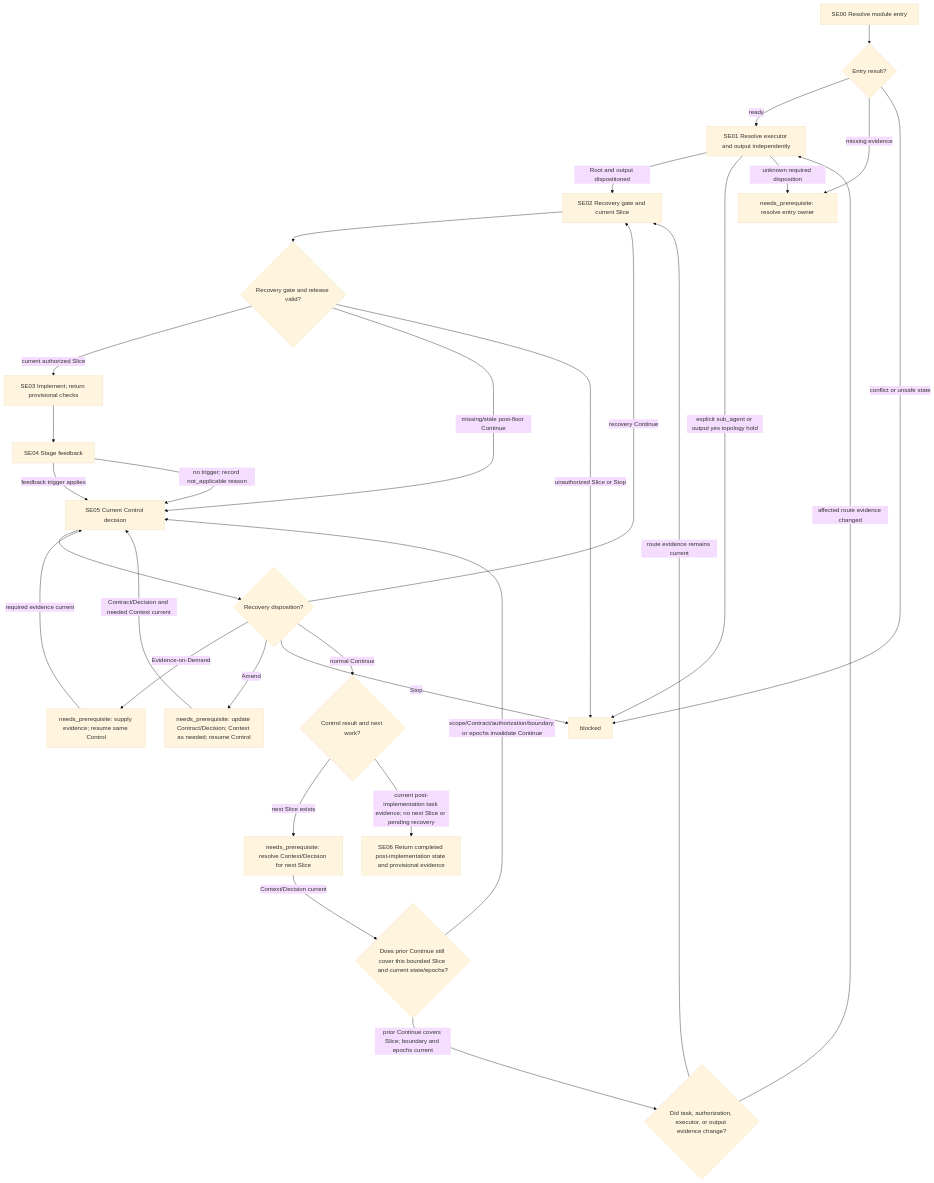
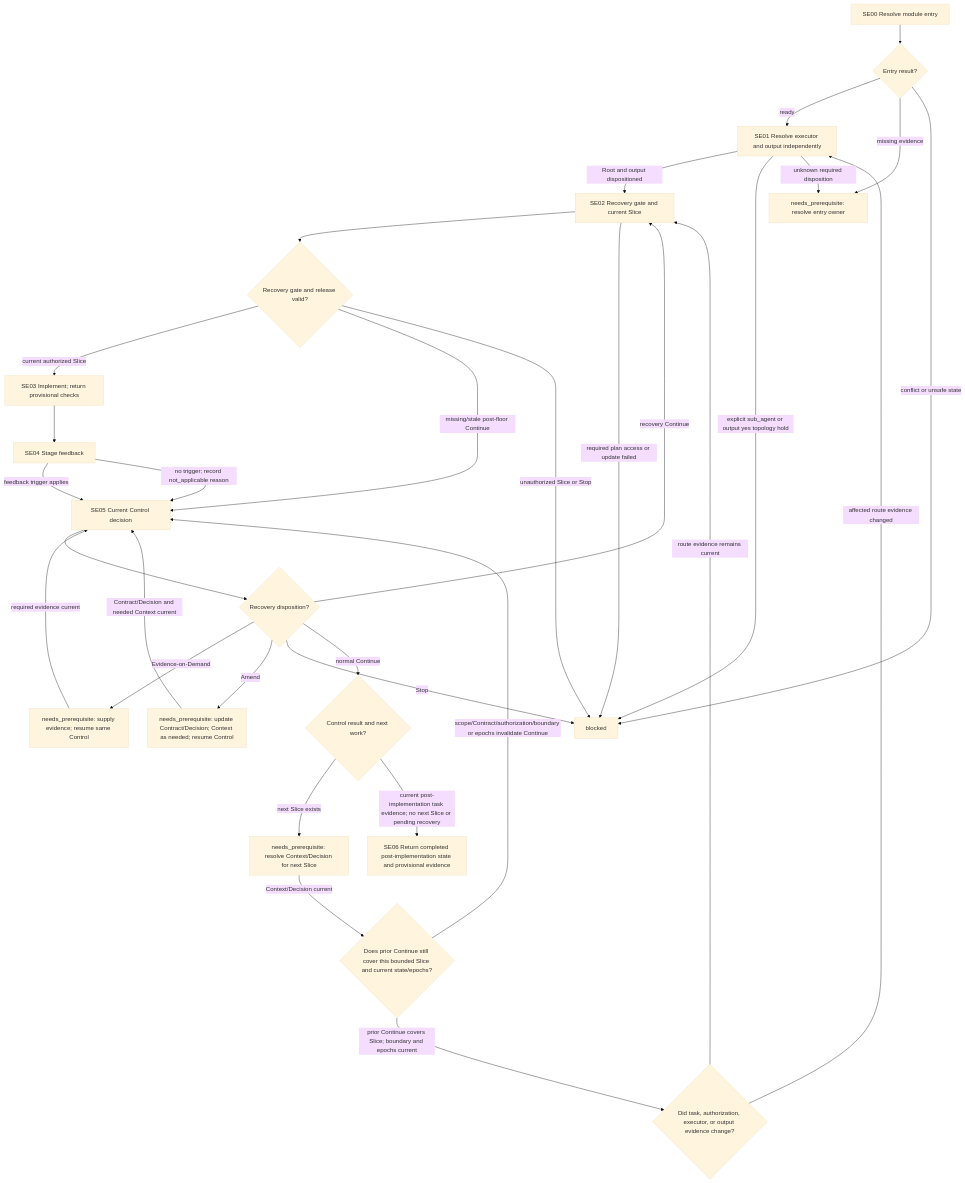
One commit to john-z-huang/token-io-decoupling changed the diagram in references/coding/layer-04-workflows/modules/single-execution.md. Above: the diagram before and after it, drawn with Mermaid (base theme). The commit also changed other lines of this file and 47 other files, not shown here.

````diff
--- a/references/coding/layer-04-workflows/modules/single-execution.md
+++ b/references/coding/layer-04-workflows/modules/single-execution.md
@@ -18,50 +18,52 @@
 ```mermaid
 flowchart TD
     SE00["SE00 Resolve module entry"]
     D_ENTRY{"Entry result?"}
     SE01["SE01 Resolve executor and output independently"]
     SE02["SE02 Recovery gate and current Slice"]
     D_GATE{"Recovery gate and release valid?"}
     SE03["SE03 Implement; return provisional checks"]
     SE04["SE04 Stage feedback"]
     SE05["SE05 Current Control decision"]
     D_RECOVERY{"Recovery disposition?"}
     D_CONTROL{"Control result and next work?"}
     SE06["SE06 Return completed post-implementation state and provisional evidence"]
     SE_NEEDS_ENTRY["needs_prerequisite: resolve entry owner"]
     SE_NEEDS_EOD["needs_prerequisite: supply evidence; resume same Control"]
     SE_NEEDS_AMEND["needs_prerequisite: update Contract/Decision; Context as needed; resume Control"]
     SE_NEEDS_NEXT["needs_prerequisite: resolve Context/Decision for next Slice"]
     D_CONTINUE_COVERS{"Does prior Continue still cover this bounded Slice and current state/epochs?"}
     D_REROUTE{"Did task, authorization, executor, or output evidence change?"}
     SE_BLOCK["blocked"]
     SE00 --> D_ENTRY
     D_ENTRY -- ready --> SE01
     D_ENTRY -- missing evidence --> SE_NEEDS_ENTRY
     D_ENTRY -- conflict or unsafe state --> SE_BLOCK
     SE01 -- Root and output dispositioned --> SE02
     SE01 -- explicit sub_agent or output yes topology hold --> SE_BLOCK
     SE01 -- unknown required disposition --> SE_NEEDS_ENTRY
     SE02 --> D_GATE
     D_GATE -- current authorized Slice --> SE03
     D_GATE -- missing/stale post-floor Continue --> SE05
     D_GATE -- unauthorized Slice or Stop --> SE_BLOCK
     SE03 --> SE04
     SE04 -- feedback trigger applies --> SE05
     SE04 -- no trigger; record not_applicable reason --> SE05
     SE05 --> D_RECOVERY
     D_RECOVERY -- recovery Continue --> SE02
     D_RECOVERY -- Evidence-on-Demand --> SE_NEEDS_EOD
     D_RECOVERY -- Amend --> SE_NEEDS_AMEND
     D_RECOVERY -- Stop --> SE_BLOCK
     D_RECOVERY -- normal Continue --> D_CONTROL
     SE_NEEDS_EOD -- required evidence current --> SE05
     SE_NEEDS_AMEND -- Contract/Decision and needed Context current --> SE05
     D_CONTROL -- next Slice exists --> SE_NEEDS_NEXT
     SE_NEEDS_NEXT -- Context/Decision current --> D_CONTINUE_COVERS
     D_CONTINUE_COVERS -- prior Continue covers Slice; boundary and epochs current --> D_REROUTE
     D_CONTINUE_COVERS -- scope/Contract/authorization/boundary or epochs invalidate Continue --> SE05
     D_REROUTE -- affected route evidence changed --> SE01
     D_REROUTE -- route evidence remains current --> SE02
     D_CONTROL -- current post-implementation task evidence; no next Slice or pending recovery --> SE06
+    SE02 -- required plan access or update failed --> SE_BLOCK
+
 ```
````
